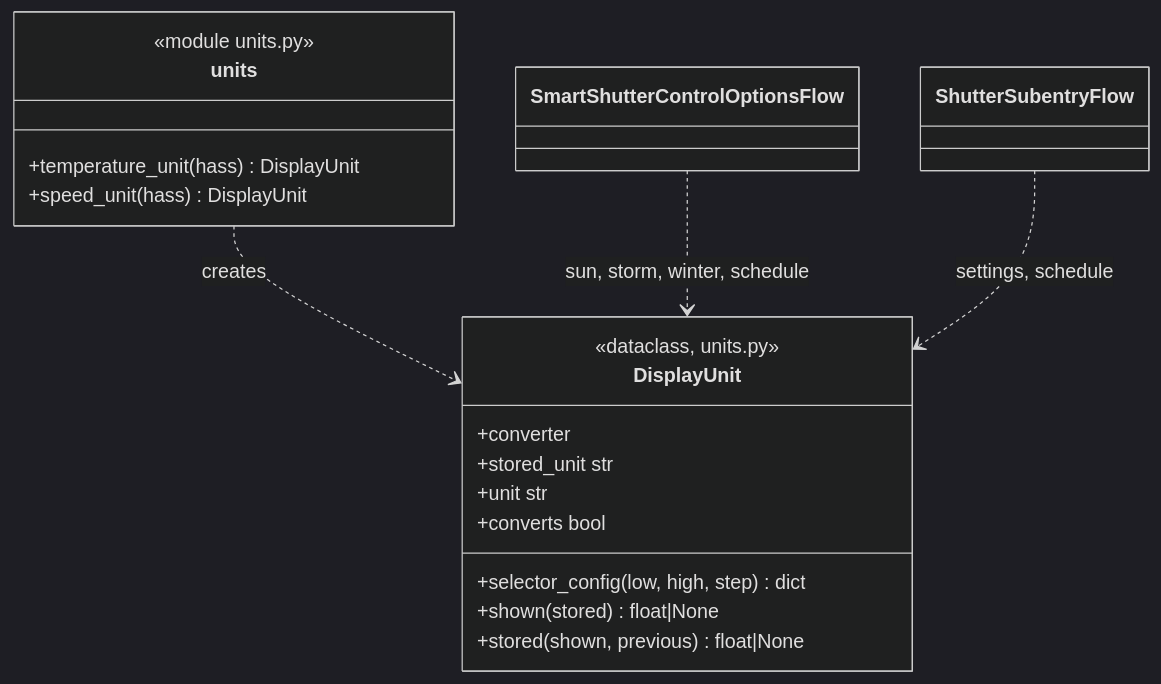
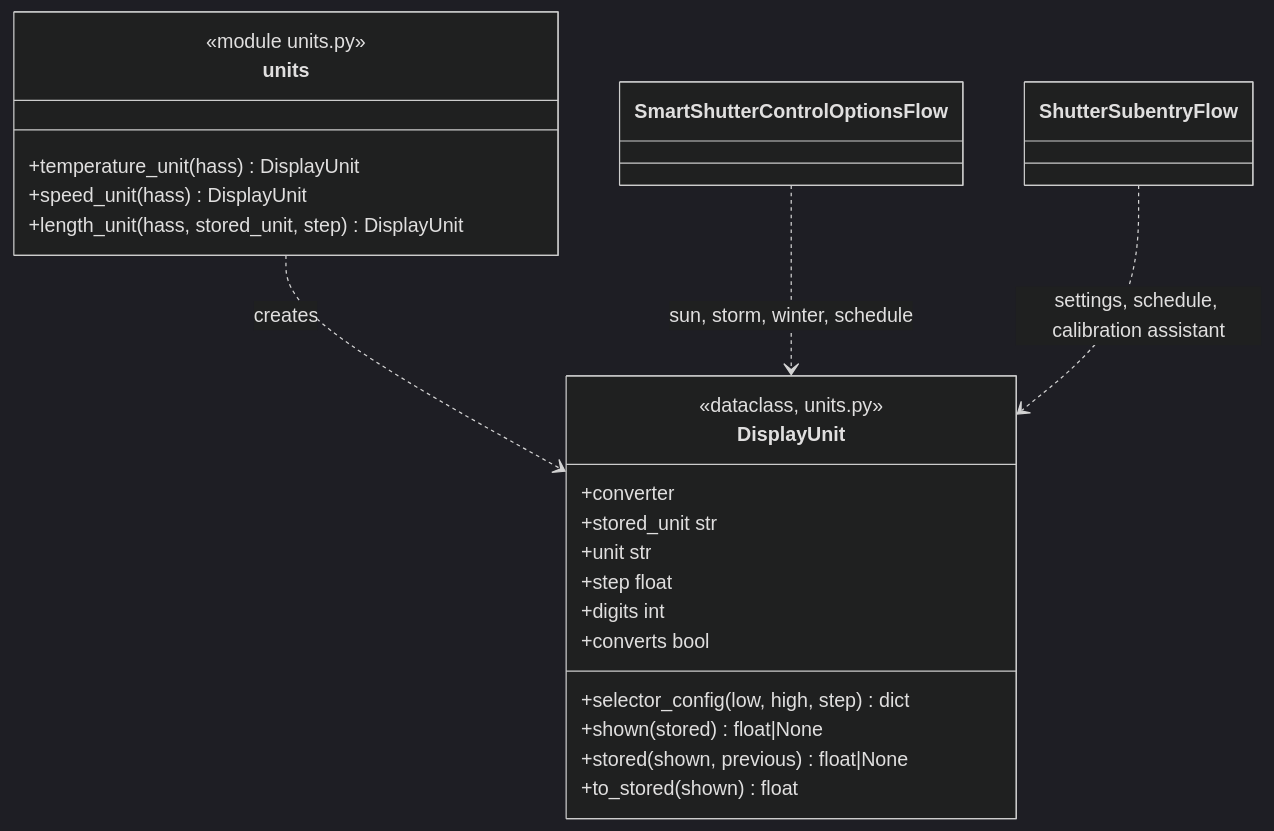
One commit to abroeders/smart-shutter-control changed diagram 39 of 40 in docs/architecture.md. Above: the diagram before and after it, drawn with Mermaid (dark theme). The commit also changed other lines of this file and 14 other files, not shown here.

````diff
--- a/docs/architecture.md
+++ b/docs/architecture.md
@@ -1306,21 +1309,25 @@
 ```mermaid
 classDiagram
     class DisplayUnit {
         <<dataclass, units.py>>
         +converter
         +stored_unit str
         +unit str
+        +step float
+        +digits int
         +converts bool
         +selector_config(low, high, step) dict
         +shown(stored) float|None
         +stored(shown, previous) float|None
+        +to_stored(shown) float
     }
     class units {
         <<module units.py>>
         +temperature_unit(hass) DisplayUnit
         +speed_unit(hass) DisplayUnit
+        +length_unit(hass, stored_unit, step) DisplayUnit
     }
     units ..> DisplayUnit : creates
     SmartShutterControlOptionsFlow ..> DisplayUnit : sun, storm, winter, schedule
-    ShutterSubentryFlow ..> DisplayUnit : settings, schedule
+    ShutterSubentryFlow ..> DisplayUnit : settings, schedule, calibration assistant
 ```
````
